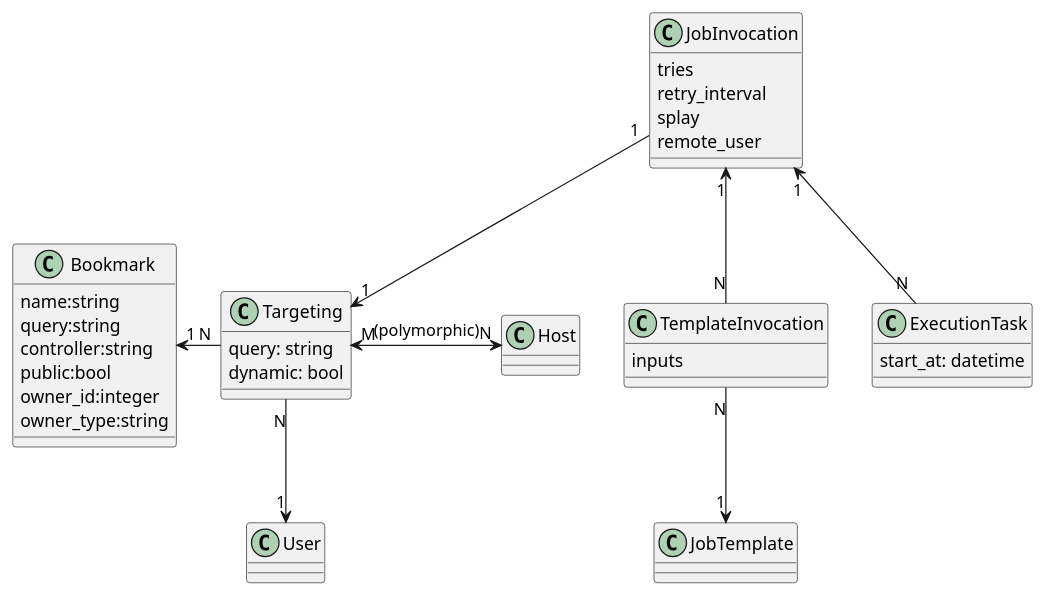
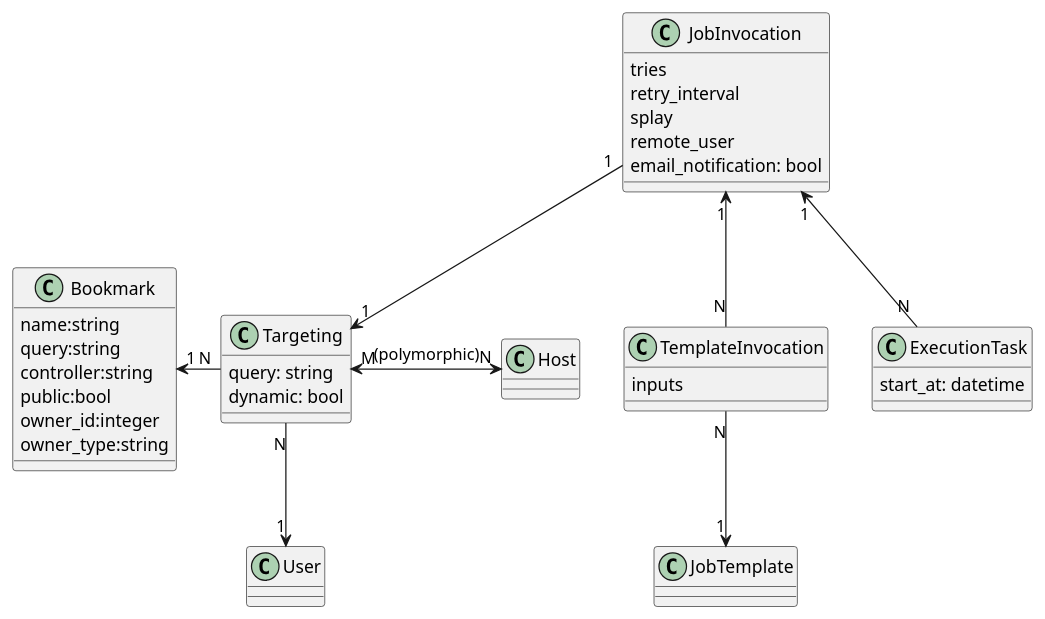
One commit to theforeman/foreman_remote_execution changed the seventh of 10 diagrams in doc/source/design/index.md. Above: the diagram before and after it, drawn with PlantUML. The commit also changed other lines of this file, not shown here.

```diff
--- a/doc/source/design/index.md
+++ b/doc/source/design/index.md
@@ -563,43 +575,44 @@
 {% plantuml %}
 
 class Bookmark {
   name:string
   query:string
   controller:string
   public:bool
   owner_id:integer
   owner_type:string
 }
 
 class Targeting {
   query: string
   dynamic: bool
 }
 
 class Host
 class User
 
 class TemplateInvocation {
   inputs
 }
 
 class JobInvocation {
   tries
   retry_interval
   splay
   remote_user
+  email_notification: bool
 }
 
 class ExecutionTask {
   start_at: datetime
 }
 
 Bookmark "1" <- "N" Targeting
 Targeting "M" <-> "N" Host : (polymorphic)
 Targeting "N" --> "1" User
 JobInvocation "1" --> "1" Targeting
 JobInvocation "1" <-- "N" TemplateInvocation
 TemplateInvocation "N" --> "1" JobTemplate
 JobInvocation "1" <-- "N" ExecutionTask
 
 {% endplantuml %}
```
